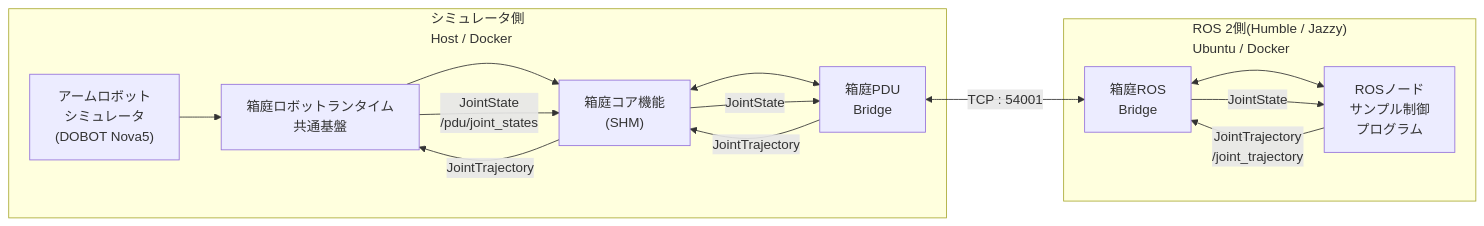
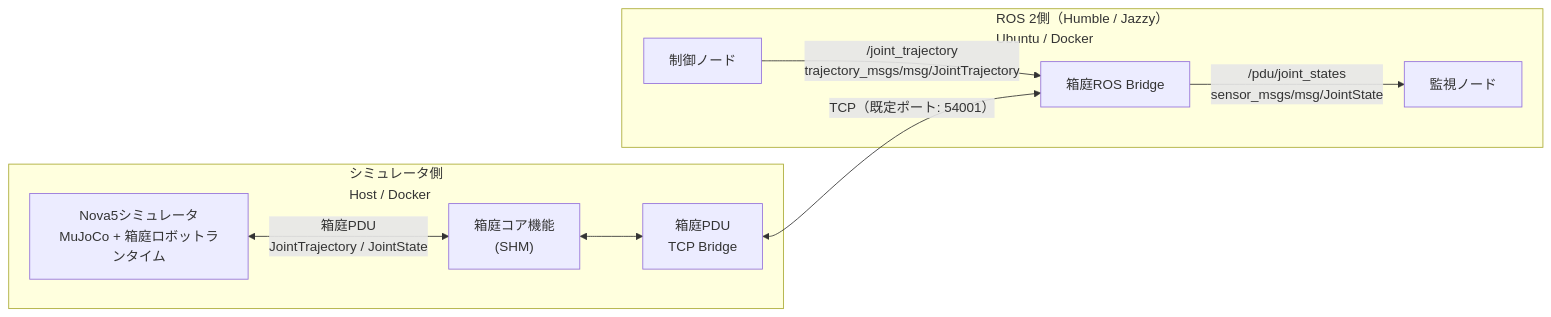
Before and after one commit to teras-project/hakoniwa-robot-arm: the first of 2 diagrams in README.md, drawn with Mermaid. The commit also changed other lines of this file, not shown here.

`````diff
--- a/README.md
+++ b/README.md
@@ -25,45 +25,20 @@
 ```mermaid
 flowchart LR
-
   subgraph SIM["シミュレータ側<br/>Host / Docker"]
-
-    SimApp["アームロボット<br/>シミュレータ<br/>(DOBOT Nova5)"]
-
-    RobotRuntime["箱庭ロボットランタイム<br/>共通基盤"]
-
+    SimApp["Nova5シミュレータ<br/>MuJoCo + 箱庭ロボットランタイム"]
     Core["箱庭コア機能<br/>(SHM)"]
-
-    PduBridge["箱庭PDU<br/>Bridge"]
-
-    SimApp --> RobotRuntime
-
-    RobotRuntime --> Core
-
+    PduBridge["箱庭PDU<br/>TCP Bridge"]
+    SimApp <-->|"箱庭PDU<br/>JointTrajectory / JointState"| Core
     Core <--> PduBridge
-
   end
 
-  subgraph ROS["ROS 2側(Humble / Jazzy)<br/>Ubuntu / Docker"]
-
-    RosBridge["箱庭ROS<br/>Bridge"]
-
-    RosNode["ROSノード<br/>サンプル制御<br/>プログラム"]
-
-    RosBridge <--> RosNode
-
+  subgraph ROS["ROS 2側（Humble / Jazzy）<br/>Ubuntu / Docker"]
+    RosBridge["箱庭ROS Bridge"]
+    ControlNode["制御ノード"]
+    MonitorNode["監視ノード"]
+    ControlNode -->|"/joint_trajectory<br/>trajectory_msgs/msg/JointTrajectory"| RosBridge
+    RosBridge -->|"/pdu/joint_states<br/>sensor_msgs/msg/JointState"| MonitorNode
   end
 
-  PduBridge <-->|"TCP : 54001"| RosBridge
-
-  RobotRuntime -->|"JointState<br/>/pdu/joint_states"| Core
-
-  Core -->|"JointState"| PduBridge
-
-  RosBridge -->|"JointState"| RosNode
-
-  RosNode -->|"JointTrajectory<br/>/joint_trajectory"| RosBridge
-
-  PduBridge -->|"JointTrajectory"| Core
-
-  Core -->|"JointTrajectory"| RobotRuntime
-````
+  PduBridge <-->|"TCP（既定ポート: 54001）"| RosBridge
+```
`````
